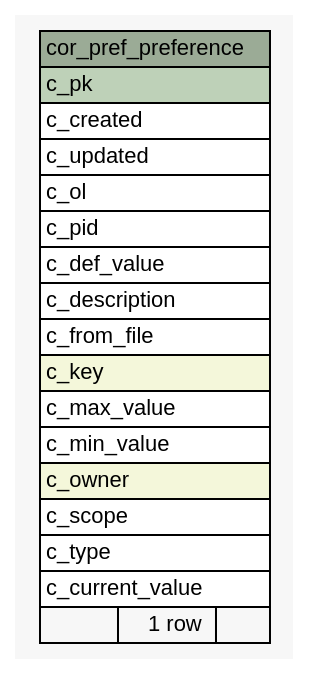
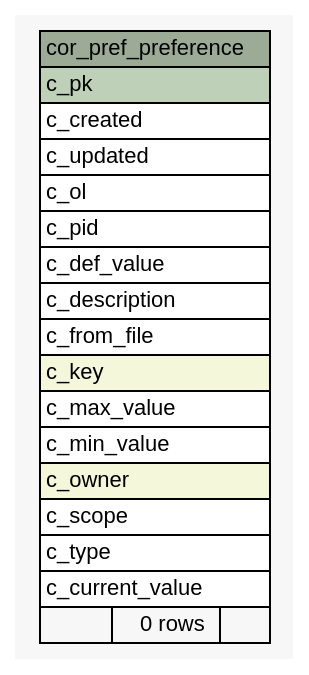
Before and after one commit to openwms/org.openwms.core.preferences.lib: the diagram in 1.0.0-SNAPSHOT/schemaspy/diagrams/summary/cor_pref_preference.1degree.dot, drawn with Graphviz. The commit also changed 147 other files, not shown here.

```diff
--- a/1.0.0-SNAPSHOT/schemaspy/diagrams/summary/cor_pref_preference.1degree.dot
+++ b/1.0.0-SNAPSHOT/schemaspy/diagrams/summary/cor_pref_preference.1degree.dot
@@ -1,44 +1,44 @@
-// dot 2.43.0 on Linux 5.8.0-1033-azure
+// dot 2.43.0 on Linux 5.8.0-1036-azure
 // SchemaSpy rev Unknown
 digraph "cor_pref_preference" {
   graph [
     rankdir="RL"
     bgcolor="#f7f7f7"
     nodesep="0.18"
     ranksep="0.46"
     fontname="Helvetica"
     fontsize="11"
   ];
   node [
     fontname="Helvetica"
     fontsize="11"
     shape="plaintext"
   ];
   edge [
     arrowsize="0.8"
   ];
   "cor_pref_preference" [
     label=<
     <TABLE BORDER="0" CELLBORDER="1" CELLSPACING="0" BGCOLOR="#ffffff">
       <TR><TD COLSPAN="3" BGCOLOR="#9bab96" ALIGN="CENTER">cor_pref_preference</TD></TR>
       <TR><TD PORT="c_pk" COLSPAN="3" BGCOLOR="#bed1b8" ALIGN="LEFT">c_pk</TD></TR>
       <TR><TD PORT="c_created" COLSPAN="3" ALIGN="LEFT">c_created</TD></TR>
       <TR><TD PORT="c_updated" COLSPAN="3" ALIGN="LEFT">c_updated</TD></TR>
       <TR><TD PORT="c_ol" COLSPAN="3" ALIGN="LEFT">c_ol</TD></TR>
       <TR><TD PORT="c_pid" COLSPAN="3" ALIGN="LEFT">c_pid</TD></TR>
       <TR><TD PORT="c_def_value" COLSPAN="3" ALIGN="LEFT">c_def_value</TD></TR>
       <TR><TD PORT="c_description" COLSPAN="3" ALIGN="LEFT">c_description</TD></TR>
       <TR><TD PORT="c_from_file" COLSPAN="3" ALIGN="LEFT">c_from_file</TD></TR>
       <TR><TD PORT="c_key" COLSPAN="3" BGCOLOR="#f4f7da" ALIGN="LEFT">c_key</TD></TR>
       <TR><TD PORT="c_max_value" COLSPAN="3" ALIGN="LEFT">c_max_value</TD></TR>
       <TR><TD PORT="c_min_value" COLSPAN="3" ALIGN="LEFT">c_min_value</TD></TR>
       <TR><TD PORT="c_owner" COLSPAN="3" BGCOLOR="#f4f7da" ALIGN="LEFT">c_owner</TD></TR>
       <TR><TD PORT="c_scope" COLSPAN="3" ALIGN="LEFT">c_scope</TD></TR>
       <TR><TD PORT="c_type" COLSPAN="3" ALIGN="LEFT">c_type</TD></TR>
       <TR><TD PORT="c_current_value" COLSPAN="3" ALIGN="LEFT">c_current_value</TD></TR>
-      <TR><TD ALIGN="LEFT" BGCOLOR="#f7f7f7">  </TD><TD ALIGN="RIGHT" BGCOLOR="#f7f7f7">1 row</TD><TD ALIGN="RIGHT" BGCOLOR="#f7f7f7">  </TD></TR>
+      <TR><TD ALIGN="LEFT" BGCOLOR="#f7f7f7">  </TD><TD ALIGN="RIGHT" BGCOLOR="#f7f7f7">0 rows</TD><TD ALIGN="RIGHT" BGCOLOR="#f7f7f7">  </TD></TR>
     </TABLE>>
     URL="tables/cor_pref_preference.html"
     tooltip="cor_pref_preference"
   ];
 }
```
